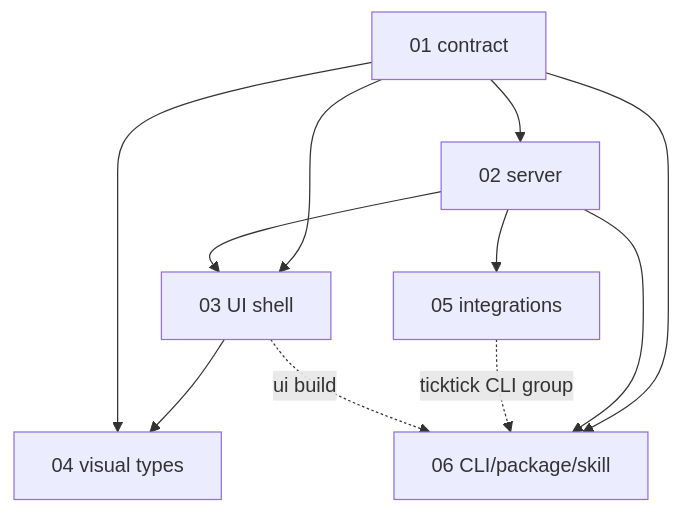
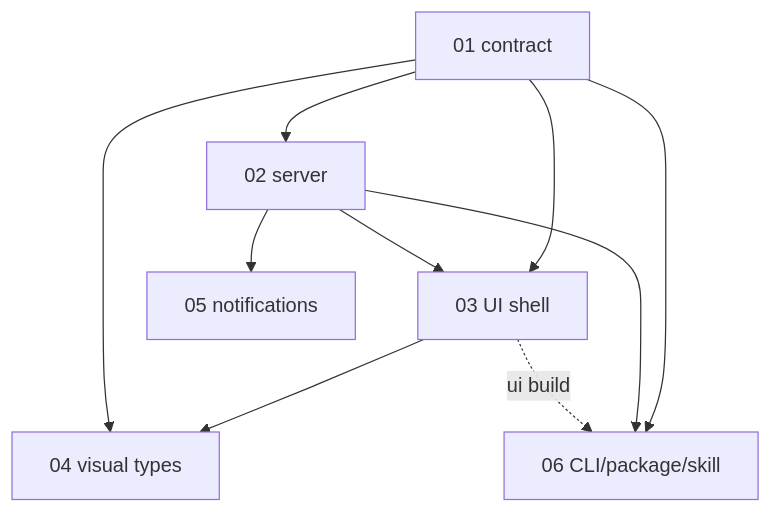
The diagram in docs/agent_files/initial-brainstorming/README.md (tejitpabari99/crontick-dashboard), drawn with Mermaid before and after one commit. The commit also changed other lines of this file and 7 other files, not shown here.

````diff
--- a/docs/agent_files/initial-brainstorming/README.md
+++ b/docs/agent_files/initial-brainstorming/README.md
@@ -21,13 +21,12 @@
 ```mermaid
 graph TD
   C01[01 contract] --> S02[02 server]
   C01 --> U03[03 UI shell]
   S02 --> U03
   U03 --> V04[04 visual types]
   C01 --> V04
-  S02 --> I05[05 integrations]
+  S02 --> I05[05 notifications]
   C01 --> P06[06 CLI/package/skill]
   S02 --> P06
-  I05 -. ticktick CLI group .-> P06
   U03 -. ui build .-> P06
 ```
````
